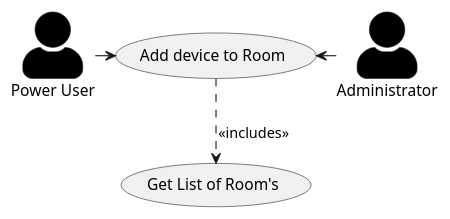
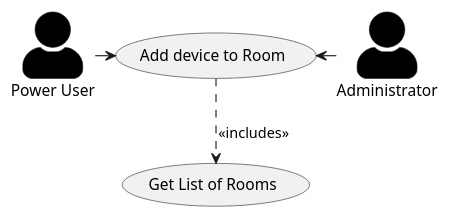
Before and after one commit to olivDiogo/SmartHome: the diagram in docs/userStories/us05/artifacts/US05AddDeviceToRoom.puml, drawn with PlantUML.

Commit message:
[REFACTOR] - nomenclature correction. Closes #126

```diff
--- a/docs/userStories/us05/artifacts/US05AddDeviceToRoom.puml
+++ b/docs/userStories/us05/artifacts/US05AddDeviceToRoom.puml
@@ -1,21 +1,21 @@
 @startuml
 'https://plantuml.com/use-case-diagram
 
 !pragma layout smetana
 skinparam actorStyle awesome
 skinparam ActorBackgroundColor black
 
 actor Administrator as Admin
 actor "Power User" as Power_User
 
 
     (Add device to Room) as UC1
-    (Get List of Room's) as UC2
+    (Get List of Rooms) as UC2
     UC1 ..> UC2 : <<includes>>
 
 
 Admin -left-> UC1
 Power_User -right-> UC1
 
 
 @enduml
```
